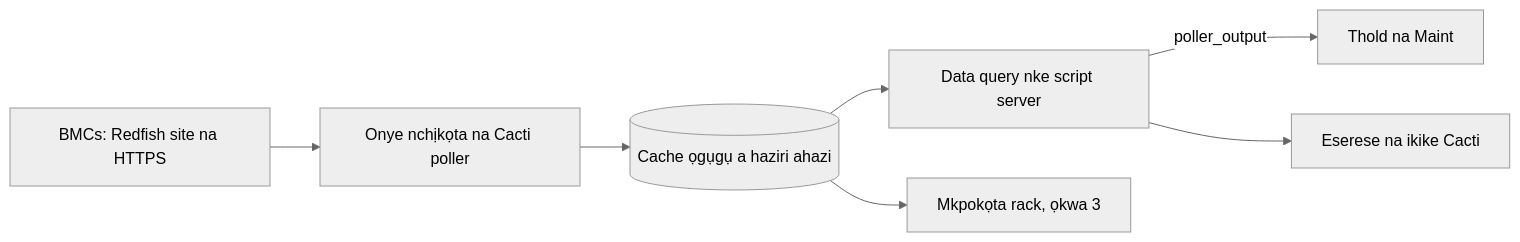
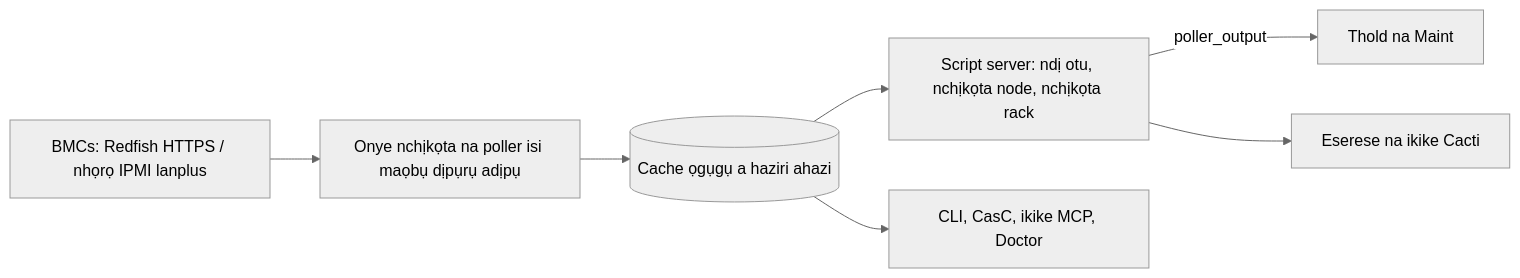
One commit to somethingwithproof/plugin_redfish changed the diagram in docs/i18n/ig-NG/README.md. Above: the diagram before and after it, drawn with Mermaid (neutral theme). The commit also changed other lines of this file and 47 other files, not shown here.

````diff
--- a/docs/i18n/ig-NG/README.md
+++ b/docs/i18n/ig-NG/README.md
@@ -100,9 +140,9 @@
 ```mermaid
 flowchart LR
-    BMC[BMCs: Redfish site na HTTPS] --> C[Onye nchịkọta na Cacti poller]
-    C --> CACHE[(Cache ọgụgụ a haziri ahazi)]
-    CACHE --> SS[Data query nke script server]
-    SS -->|poller_output| T[Thold na Maint]
-    SS --> G[Eserese na ikike Cacti]
-    CACHE --> R[Mkpokọta rack, ọkwa 3]
+    BMC["BMCs: Redfish HTTPS / nhọrọ IPMI lanplus"] --> C["Onye nchịkọta na poller isi maọbụ dịpụrụ adịpụ"]
+    C --> CACHE[("Cache ọgụgụ a haziri ahazi")]
+    CACHE --> SS["Script server: ndị otu, nchịkọta node, nchịkọta rack"]
+    SS -->|poller_output| T["Thold na Maint"]
+    SS --> G["Eserese na ikike Cacti"]
+    CACHE --> ECO["CLI, CasC, ikike MCP, Doctor"]
 ```
````
